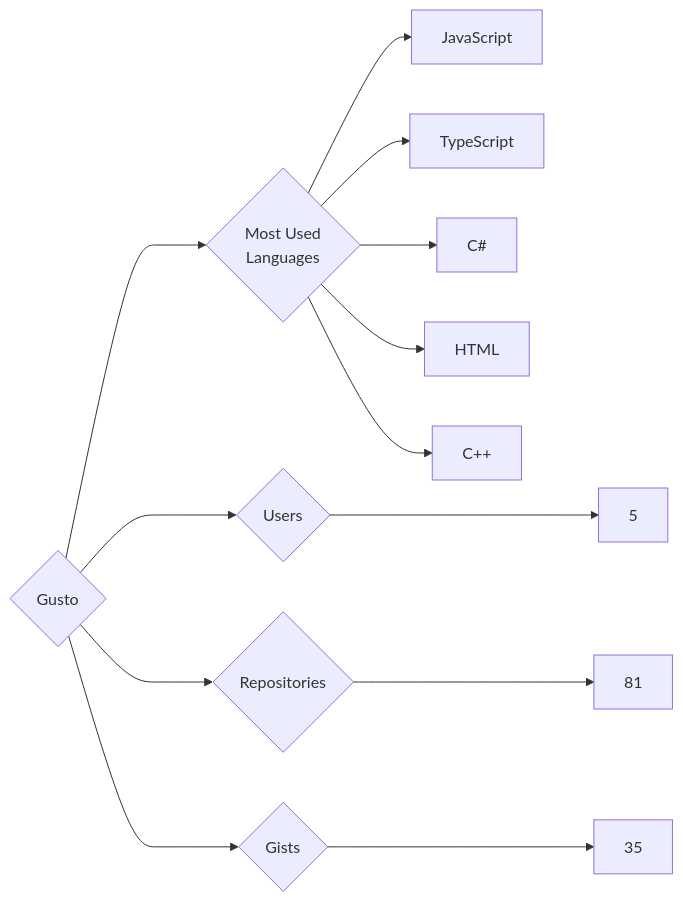
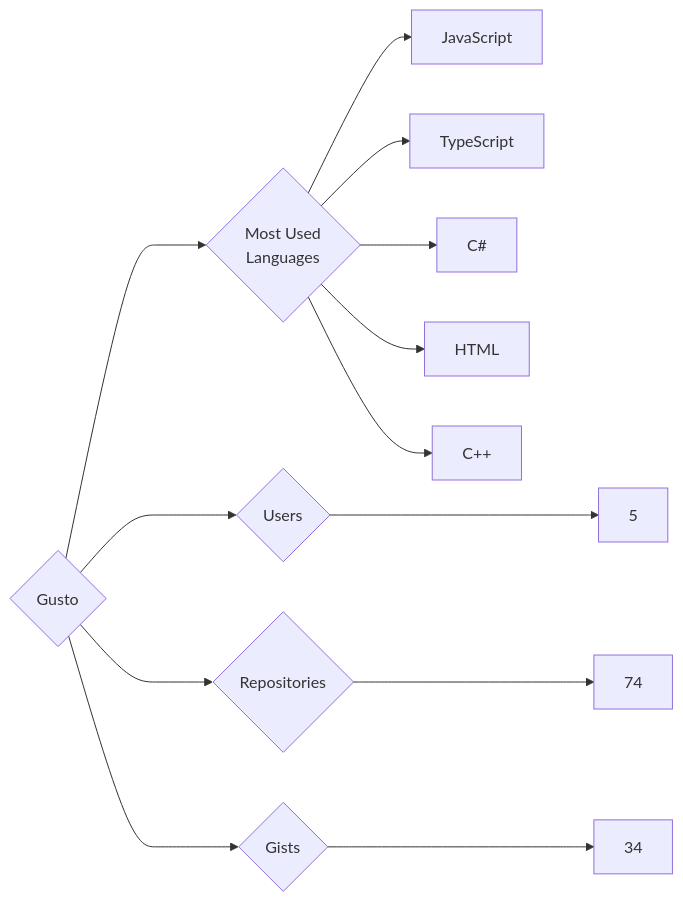
The diagram in targets/Gusto/README.md (trickest/insiders), drawn with Mermaid before and after one commit. The commit also changed 900 other files, not shown here.

````diff
--- a/targets/Gusto/README.md
+++ b/targets/Gusto/README.md
@@ -3,13 +3,13 @@
 ```mermaid
 graph LR
 COMPANY_NAME{Gusto}
 COMPANY_NAME ---> U{Users} ---> UN[5]
-COMPANY_NAME ---> R{Repositories} ---> RN[81]
-COMPANY_NAME ---> G{Gists} ---> GN[35]
+COMPANY_NAME ---> R{Repositories} ---> RN[74]
+COMPANY_NAME ---> G{Gists} ---> GN[34]
 COMPANY_NAME ---> ML{Most Used<br>Languages}
 ML --> JavaScript[JavaScript]
 ML --> TypeScript[TypeScript]
 ML --> C#[C#]
 ML --> HTML[HTML]
 ML --> C++[C++]
 ```
````
